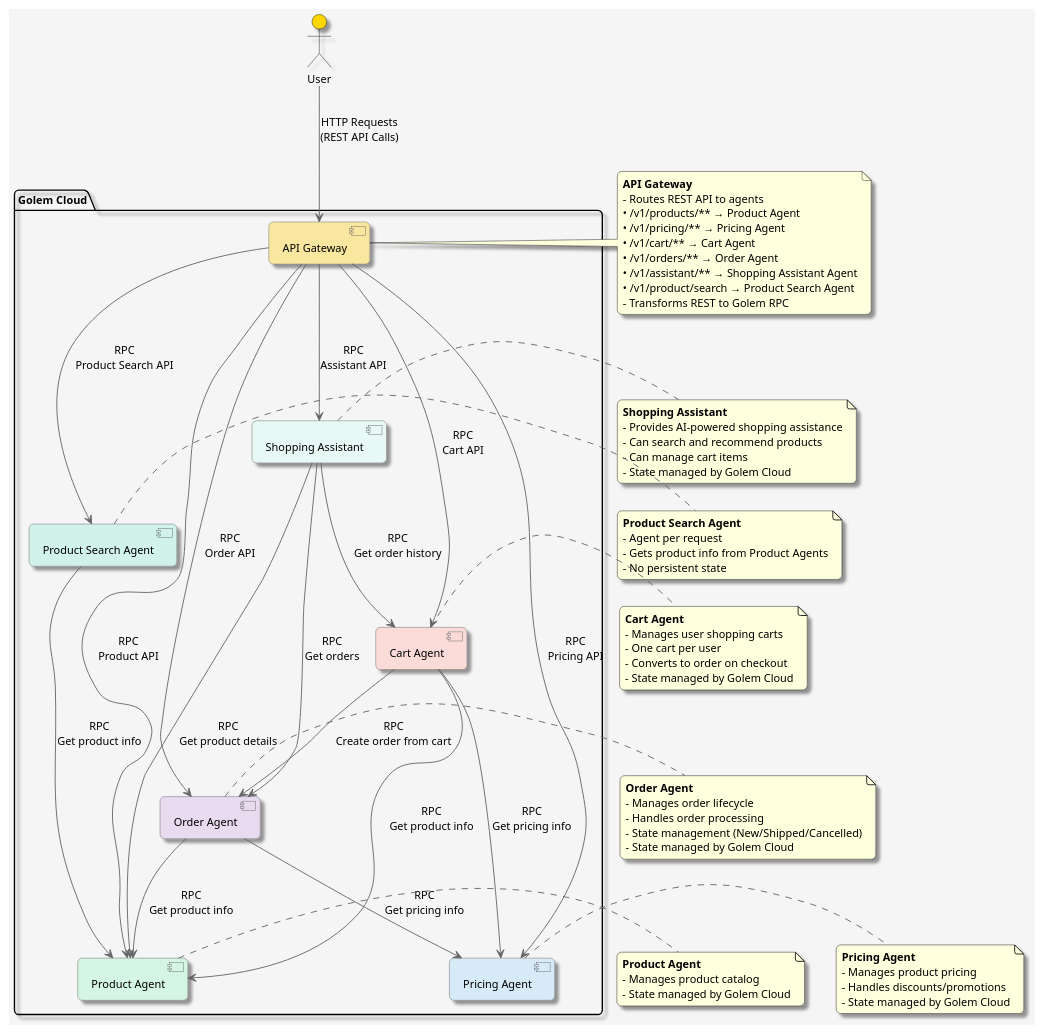
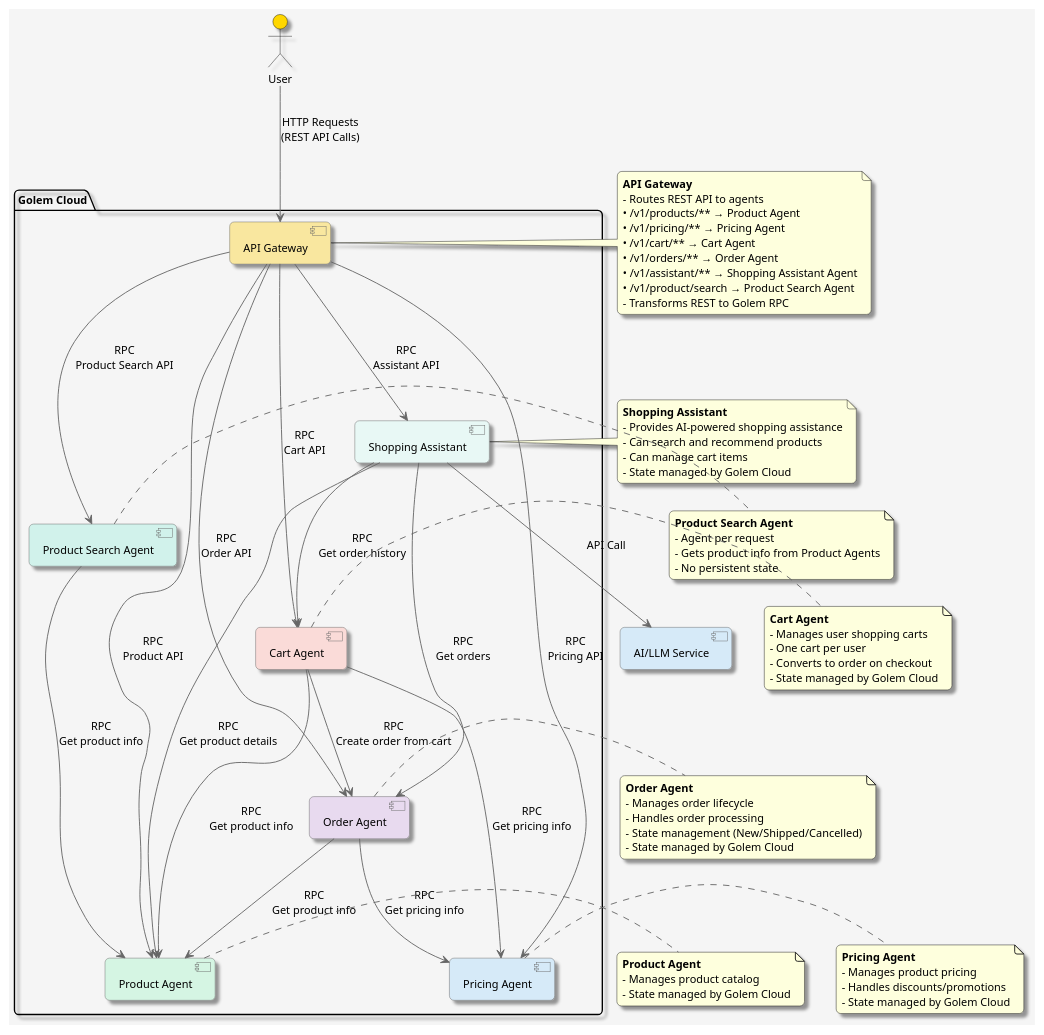
One commit to justcoon/golem-shopping-ts changed the diagram in architecture.puml. Above: the diagram before and after it, drawn with PlantUML. The commit also changed 3 other files, not shown here.

Commit message:
Shopping assistant updates

```diff
--- a/architecture.puml
+++ b/architecture.puml
@@ -1,107 +1,113 @@
 @startuml Golem Shopping Architecture
 
 ' Define styles
 skinparam componentStyle uml2
 skinparam backgroundColor #F5F5F5
 skinparam defaultFontName Arial
 skinparam defaultFontSize 12
 skinparam roundcorner 10
 skinparam shadowing true
 skinparam ArrowColor #666666
 skinparam ComponentBackgroundColor #E8E8E8
 skinparam ComponentBorderColor #666666
 
 ' Define components
 actor "User" as user #FFD700
 
 package "Golem Cloud" {
     [API Gateway] as gateway #F9E79F
     [Product Agent] as product #D5F5E3
     [Pricing Agent] as pricing #D6EAF8
     [Cart Agent] as cart #FADBD8
     [Order Agent] as order #E8DAEF
     [Product Search Agent] as product_search #D1F2EB
     [Shopping Assistant] as assistant #E8F8F5
 }
 
 ' Define relationships
 user --> gateway : "HTTP Requests\n(REST API Calls)"
 
 gateway --> product : "RPC\nProduct API"
 gateway --> pricing : "RPC\nPricing API"
 gateway --> cart : "RPC\nCart API"
 gateway --> order : "RPC\nOrder API"
 gateway --> product_search : "RPC\nProduct Search API"
 gateway --> assistant : "RPC\nAssistant API"
 
 ' Agent-to-agent communication
 cart --> product : "RPC\nGet product info"
 cart --> pricing : "RPC\nGet pricing info"
 cart --> order : "RPC\nCreate order from cart"
 order --> product : "RPC\nGet product info"
 order --> pricing : "RPC\nGet pricing info"
 product_search --> product : "RPC\nGet product info"
 
 ' Shopping Assistant relationships
 assistant --> cart : "RPC\nGet order history"
 assistant --> order : "RPC\nGet orders"
 assistant --> product : "RPC\nGet product details"
 
 ' Add notes
 note right of gateway
   <b>API Gateway</b>
   - Routes REST API to agents
   • /v1/products/** → Product Agent
   • /v1/pricing/** → Pricing Agent
   • /v1/cart/** → Cart Agent
   • /v1/orders/** → Order Agent
   • /v1/assistant/** → Shopping Assistant Agent
   • /v1/product/search → Product Search Agent
   - Transforms REST to Golem RPC
 end note
 
 note right of product
   <b>Product Agent</b>
   - Manages product catalog
   - State managed by Golem Cloud
 end note
 
 note right of pricing
   <b>Pricing Agent</b>
   - Manages product pricing
   - Handles discounts/promotions
   - State managed by Golem Cloud
 end note
 
 note right of cart
   <b>Cart Agent</b>
   - Manages user shopping carts
   - One cart per user
   - Converts to order on checkout
   - State managed by Golem Cloud
 end note
 
 note right of order
   <b>Order Agent</b>
   - Manages order lifecycle
   - Handles order processing
   - State management (New/Shipped/Cancelled)
   - State managed by Golem Cloud
 end note
 
 note right of product_search
   <b>Product Search Agent</b>
   - Agent per request
   - Gets product info from Product Agents
   - No persistent state
 end note
 
+' External Services
+[AI/LLM Service] as llm #D6EAF8
+
+' Connect LLM to Shopping Assistant
+assistant --> llm : "API Call"
+
 note right of assistant
   <b>Shopping Assistant</b>
   - Provides AI-powered shopping assistance
   - Can search and recommend products
   - Can manage cart items
   - State managed by Golem Cloud
 end note
 
 @enduml
```
